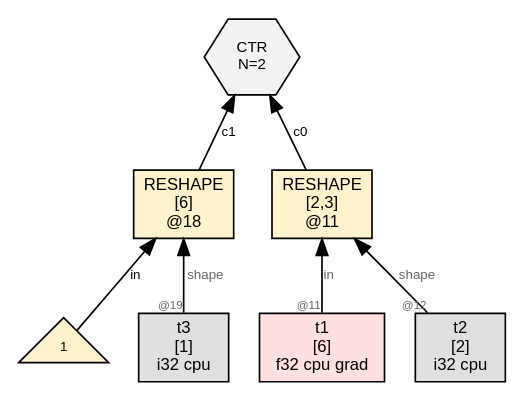
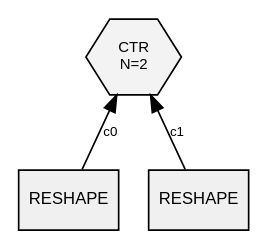
Before and after one commit to sw1sh/TinyHVM: the diagram in wl/examples/thvm_graphs/grad_rules/reshape/thvm_2_post_sweep.dot, drawn with Graphviz. The commit also changed 309 other files, not shown here.

First line of the commit message:
grad: GRAD_MODE_PAIR emits CTR{forward, backward}; step trace skips FUSE

```diff
--- a/wl/examples/thvm_graphs/grad_rules/reshape/thvm_2_post_sweep.dot
+++ b/wl/examples/thvm_graphs/grad_rules/reshape/thvm_2_post_sweep.dot
@@ -1,19 +1,11 @@
 digraph G {
   rankdir=BT;
   node [fontname="Helvetica", fontsize=10, style=filled, shape=box, margin="0.1,0.05"];
   edge [fontsize=8, fontname="Helvetica"];
 
-  n11 [label="RESHAPE\n[2,3]\n@11", shape=box, fillcolor="#fff3cd"];
-  t1 [label="t1\n[6]\nf32 cpu grad",shape=box,fillcolor="#ffe0e0"];
-  t1 -> n11 [label="in",taillabel="@11",labelfontsize=7,fontcolor="#666666"];
-  t2 [label="t2\n[2]\ni32 cpu",shape=box,fillcolor="#e0e0e0"];
-  t2 -> n11 [label="shape",taillabel="@12",labelfontsize=7,fontcolor="#666666"];
-  n18 [label="RESHAPE\n[6]\n@18", shape=box, fillcolor="#fff3cd"];
-  num18_0 [label="1",shape=triangle,fillcolor="#fff2cc",fontsize=8];
-  num18_0 -> n18 [label="in"];
-  t3 [label="t3\n[1]\ni32 cpu",shape=box,fillcolor="#e0e0e0"];
-  t3 -> n18 [label="shape",taillabel="@19",labelfontsize=7,fontcolor="#666666"];
-  ctr8 [label="CTR\nN=2", shape=hexagon, fillcolor="#f3f3f3", fontsize=9];
-  n11 -> ctr8 [label="c0"];
-  n18 -> ctr8 [label="c1"];
+  ctr29 [label="CTR\nN=2", shape=hexagon, fillcolor="#f3f3f3", fontsize=9];
+  n20 [label="RESHAPE", shape=box, fillcolor="#f0f0f0"];
+  n20 -> ctr29 [label="c0"];
+  n25 [label="RESHAPE", shape=box, fillcolor="#f0f0f0"];
+  n25 -> ctr29 [label="c1"];
 }
```
